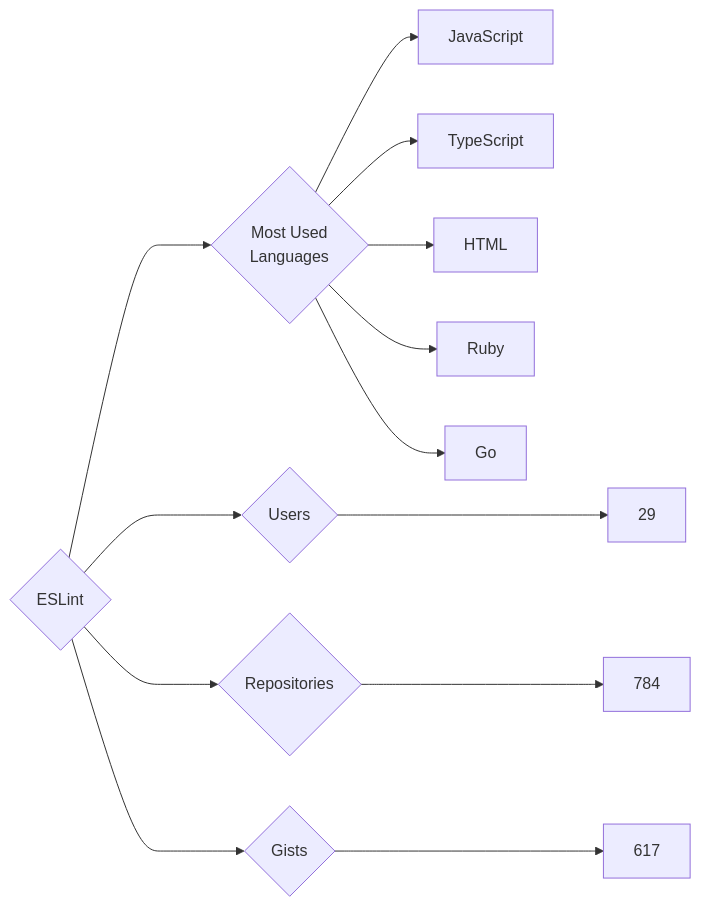
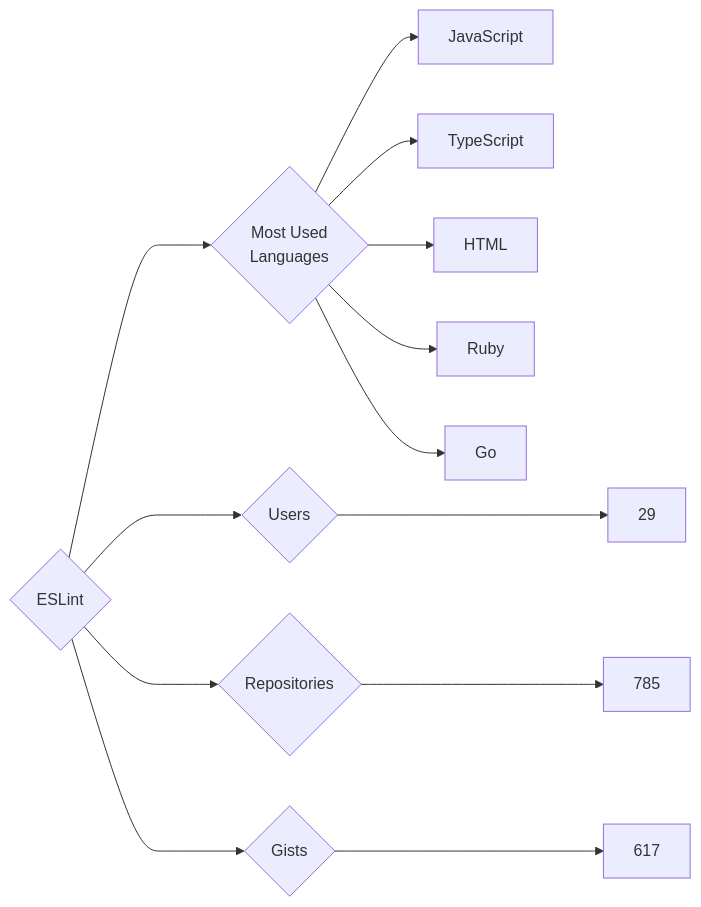
One commit to trickest/insiders changed the diagram in targets/ESLint/README.md. Above: the diagram before and after it, drawn with Mermaid. The commit also changed 720 other files, not shown here.

````diff
--- a/targets/ESLint/README.md
+++ b/targets/ESLint/README.md
@@ -3,13 +3,13 @@
 ```mermaid
 graph LR
 COMPANY_NAME{ESLint}
 COMPANY_NAME ---> U{Users} ---> UN[29]
-COMPANY_NAME ---> R{Repositories} ---> RN[784]
+COMPANY_NAME ---> R{Repositories} ---> RN[785]
 COMPANY_NAME ---> G{Gists} ---> GN[617]
 COMPANY_NAME ---> ML{Most Used<br>Languages}
 ML --> JavaScript[JavaScript]
 ML --> TypeScript[TypeScript]
 ML --> HTML[HTML]
 ML --> Ruby[Ruby]
 ML --> Go[Go]
 ```
````
